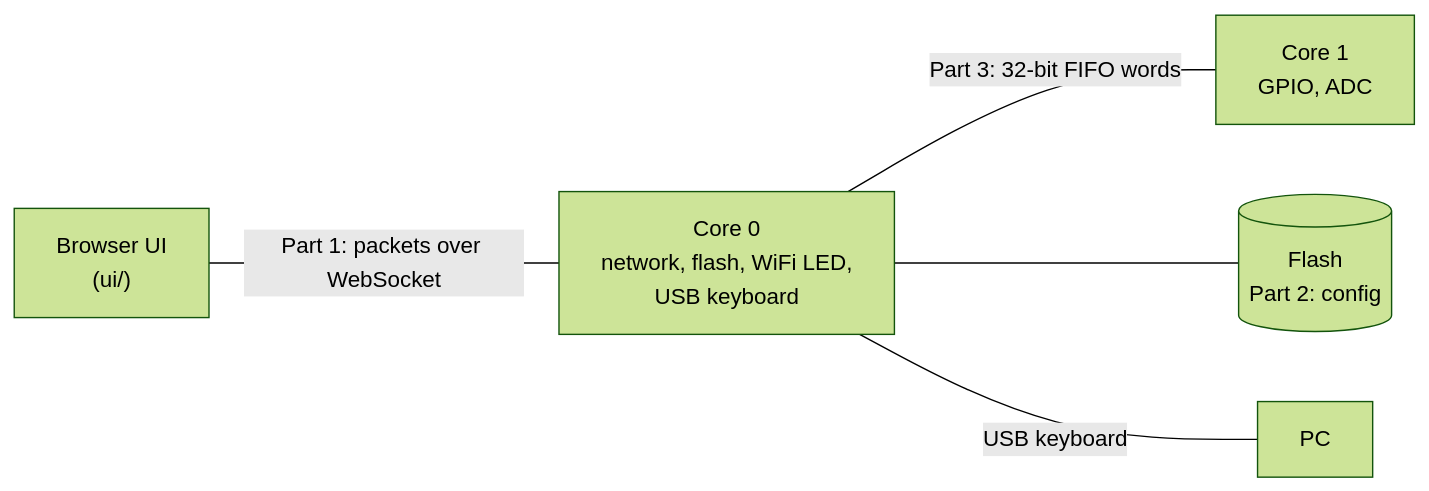
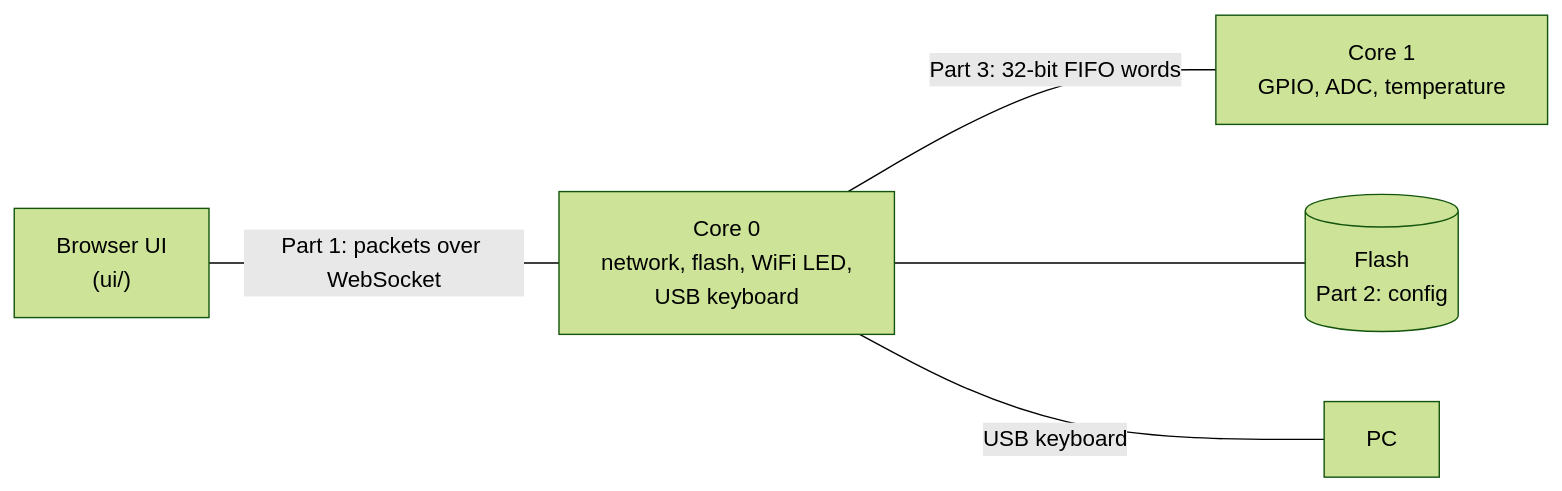
Before and after one commit to anroleroux/neograph: the first of 3 diagrams in PROTOCOL.md, drawn with Mermaid (forest theme). The commit also changed other lines of this file and 13 other files, not shown here.

First line of the commit message:
Run the stored graph from boot; make the core temperature a device source

````diff
--- a/PROTOCOL.md
+++ b/PROTOCOL.md
@@ -7,7 +7,7 @@
 ```mermaid
 flowchart LR
     UI["Browser UI<br/>(ui/)"] -- "Part 1: packets over WebSocket" --- C0["Core 0<br/>network, flash, WiFi LED,<br/>USB keyboard"]
-    C0 -- "Part 3: 32-bit FIFO words" --- C1["Core 1<br/>GPIO, ADC"]
+    C0 -- "Part 3: 32-bit FIFO words" --- C1["Core 1<br/>GPIO, ADC, temperature"]
     C0 --- F[("Flash<br/>Part 2: config")]
     C0 -- "USB keyboard" --- PC["PC"]
 ```
````
